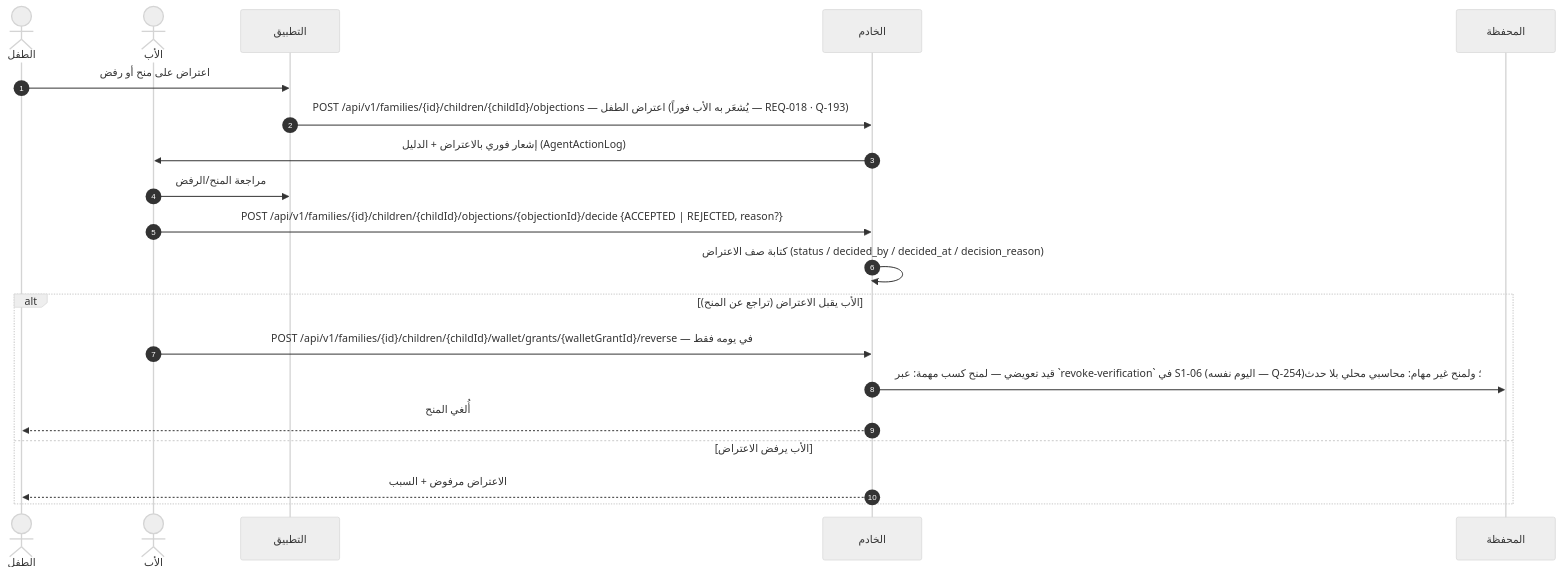
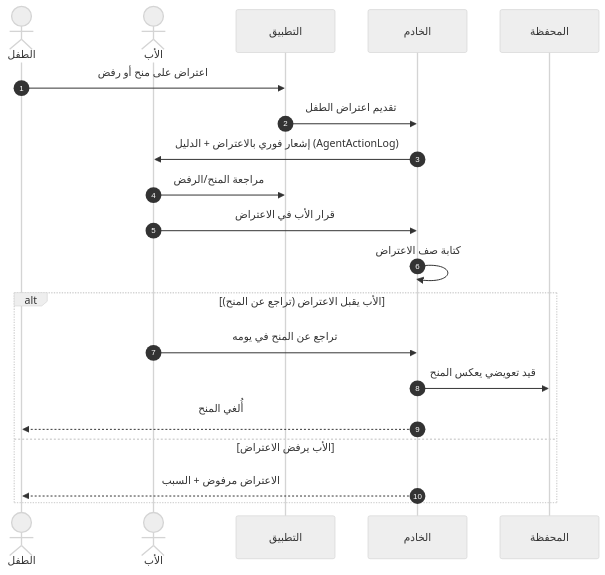
Before and after one commit to Bassam-mohammed-alqaeadi/family-os-v2: diagram 12 of 26 in docs/family-os/governance/phases/phase-1/S1-05-rewards-children/DIAGRAMS.md, drawn with Mermaid (neutral theme). The commit also changed other lines of this file, not shown here.

````diff
--- a/docs/family-os/governance/phases/phase-1/S1-05-rewards-children/DIAGRAMS.md
+++ b/docs/family-os/governance/phases/phase-1/S1-05-rewards-children/DIAGRAMS.md
@@ -467,22 +541,23 @@
 ```mermaid
+%%{init: {"sequence": {"wrap": true}}}%%
 sequenceDiagram
     autonumber
     actor Child as الطفل
     actor Father as الأب
     participant App as التطبيق
     participant Ktor as الخادم
-    participant Wallet as المحفظة
+    participant S105 as المحفظة
     Child->>App: اعتراض على منح أو رفض
-    App->>Ktor: POST /api/v1/families/{id}/children/{childId}/objections — اعتراض الطفل (يُشعَر به الأب فوراً — REQ-018 · Q-193)
+    App->>Ktor: تقديم اعتراض الطفل
     Ktor->>Father: إشعار فوري بالاعتراض + الدليل (AgentActionLog)
     Father->>App: مراجعة المنح/الرفض
-    Father->>Ktor: POST /api/v1/families/{id}/children/{childId}/objections/{objectionId}/decide {ACCEPTED | REJECTED, reason?}
-    Ktor->>Ktor: كتابة صف الاعتراض (status / decided_by / decided_at / decision_reason)
+    Father->>Ktor: قرار الأب في الاعتراض
+    Ktor->>Ktor: كتابة صف الاعتراض
     alt الأب يقبل الاعتراض (تراجع عن المنح)
-        Father->>Ktor: POST /api/v1/families/{id}/children/{childId}/wallet/grants/{walletGrantId}/reverse — في يومه فقط
-        Ktor->>Wallet: قيد تعويضي — لمنح كسب مهمة: عبر `revoke-verification` في S1-06 (اليوم نفسه — Q-254)؛ ولمنح غير مهام: محاسبي محلي بلا حدث
+        Father->>Ktor: تراجع عن المنح في يومه
+        Ktor->>S105: قيد تعويضي يعكس المنح
         Ktor-->>Child: أُلغي المنح
     else الأب يرفض الاعتراض
         Ktor-->>Child: الاعتراض مرفوض + السبب
     end
 ```
````
